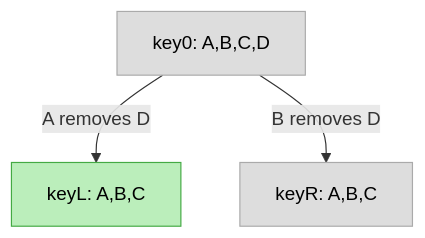
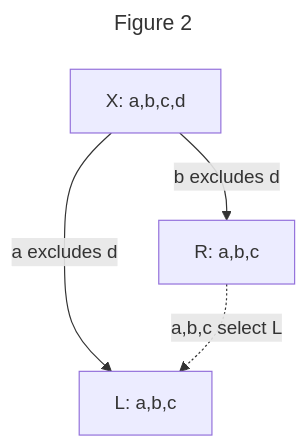
One commit to ssbc/ssb-group-exclusion-spec changed the second of 8 diagrams in README.md. Above: the diagram before and after it, drawn with Mermaid. The commit also changed other lines of this file, not shown here.

````diff
--- a/README.md
+++ b/README.md
@@ -216,10 +206,10 @@
 ```mermaid
+---
+title: Figure 2
+---
 graph TB;
-  zero[key0: A,B,C,D]
-  zero--"A removes D"-->L[keyL: A,B,C]
-  zero--"B removes D"-->R[keyR: A,B,C]
-  class L winner;
-
-classDef default fill:#ddd,stroke:#aaa,color:#000;
-classDef winner fill:#beb,stroke:#4a4,color:#000;
+  zero[X: a,b,c,d]
+  zero--"a excludes d"-->L[L: a,b,c]
+  zero--"b excludes d"-->R[R: a,b,c]
+  R-. a,b,c select L .->L
 ```
````
